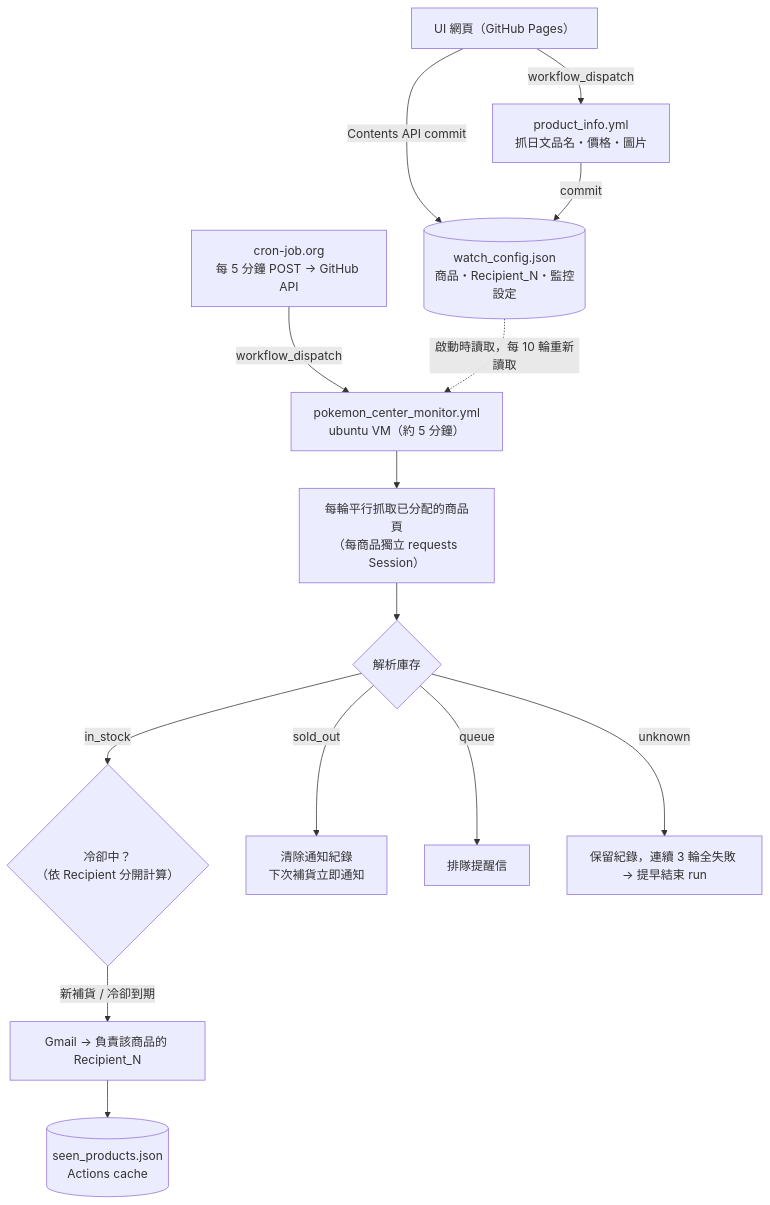
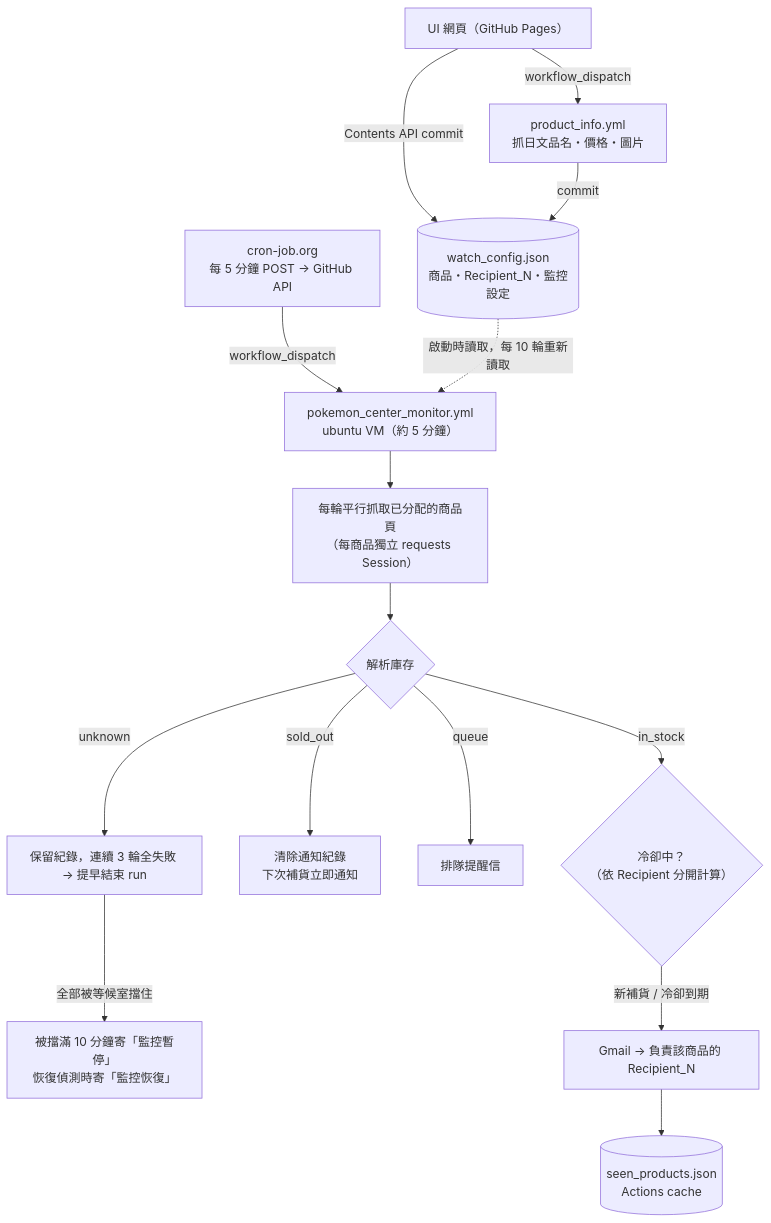
Before and after one commit to k0341055/pokemon-center-monitor: the diagram in README.md, drawn with Mermaid. The commit also changed other lines of this file and 3 other files, not shown here.

````diff
--- a/README.md
+++ b/README.md
@@ -59,16 +59,17 @@
 ```mermaid
 flowchart TD
     UI["UI 網頁（GitHub Pages）"] -->|Contents API commit| CFG[("watch_config.json\n商品・Recipient_N・監控設定")]
     UI -->|workflow_dispatch| INFO["product_info.yml\n抓日文品名・價格・圖片"]
     INFO -->|commit| CFG
     CRON["cron-job.org\n每 5 分鐘 POST → GitHub API"] -->|workflow_dispatch| GA["pokemon_center_monitor.yml\nubuntu VM（約 5 分鐘）"]
     CFG -.->|啟動時讀取，每 10 輪重新讀取| GA
     GA --> FETCH["每輪平行抓取已分配的商品頁\n（每商品獨立 requests Session）"]
     FETCH --> PARSE{"解析庫存"}
     PARSE -->|in_stock| COOL{"冷卻中？\n（依 Recipient 分開計算）"}
     PARSE -->|sold_out| RESET["清除通知紀錄\n下次補貨立即通知"]
     PARSE -->|queue| QMAIL["排隊提醒信"]
     PARSE -->|unknown| SKIP["保留紀錄，連續 3 輪全失敗 → 提早結束 run"]
+    SKIP -->|全部被等候室擋住| BMAIL["被擋滿 10 分鐘寄「監控暫停」\n恢復偵測時寄「監控恢復」"]
     COOL -->|新補貨 / 冷卻到期| MAIL["Gmail → 負責該商品的 Recipient_N"]
     MAIL --> STATE[("seen_products.json\nActions cache")]
 ```
````
